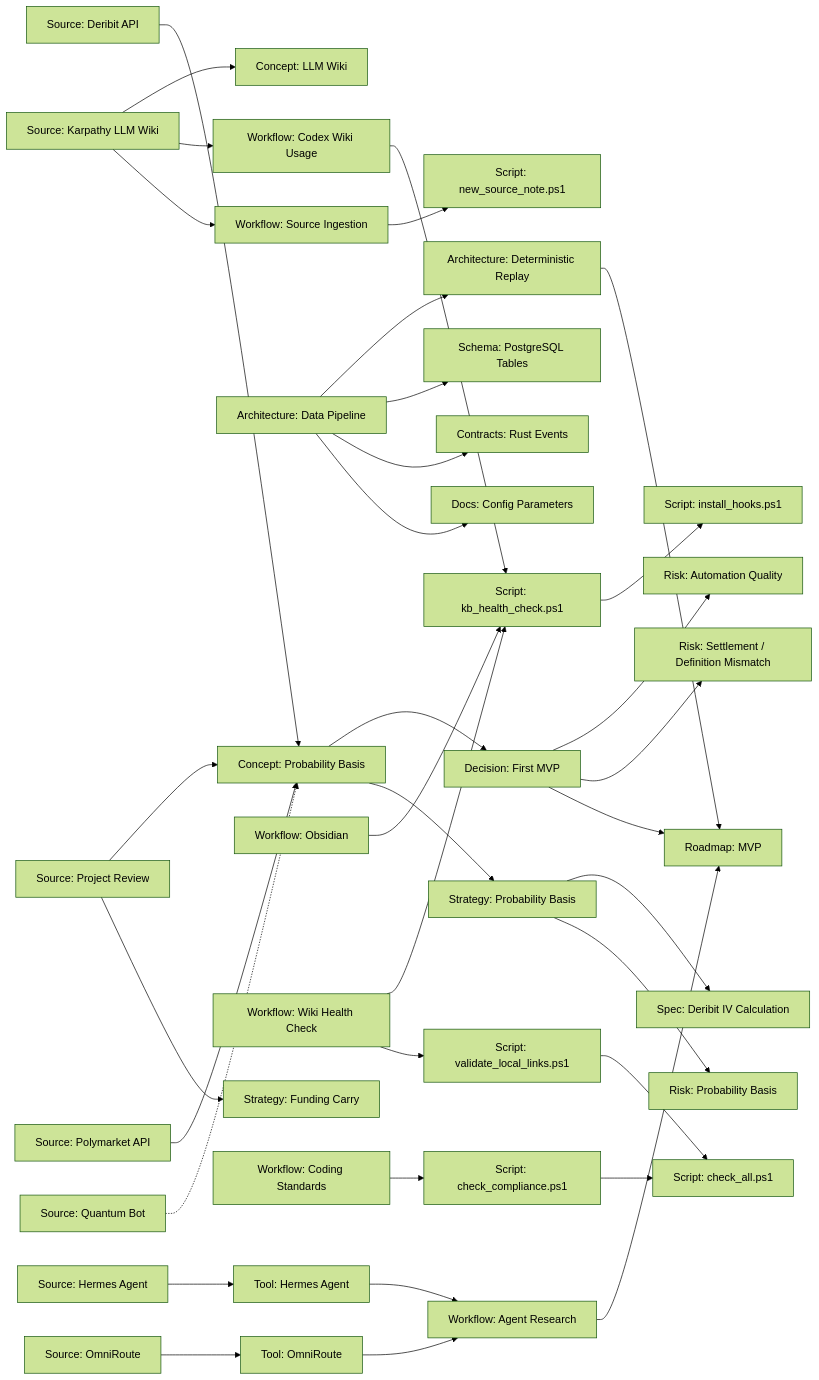
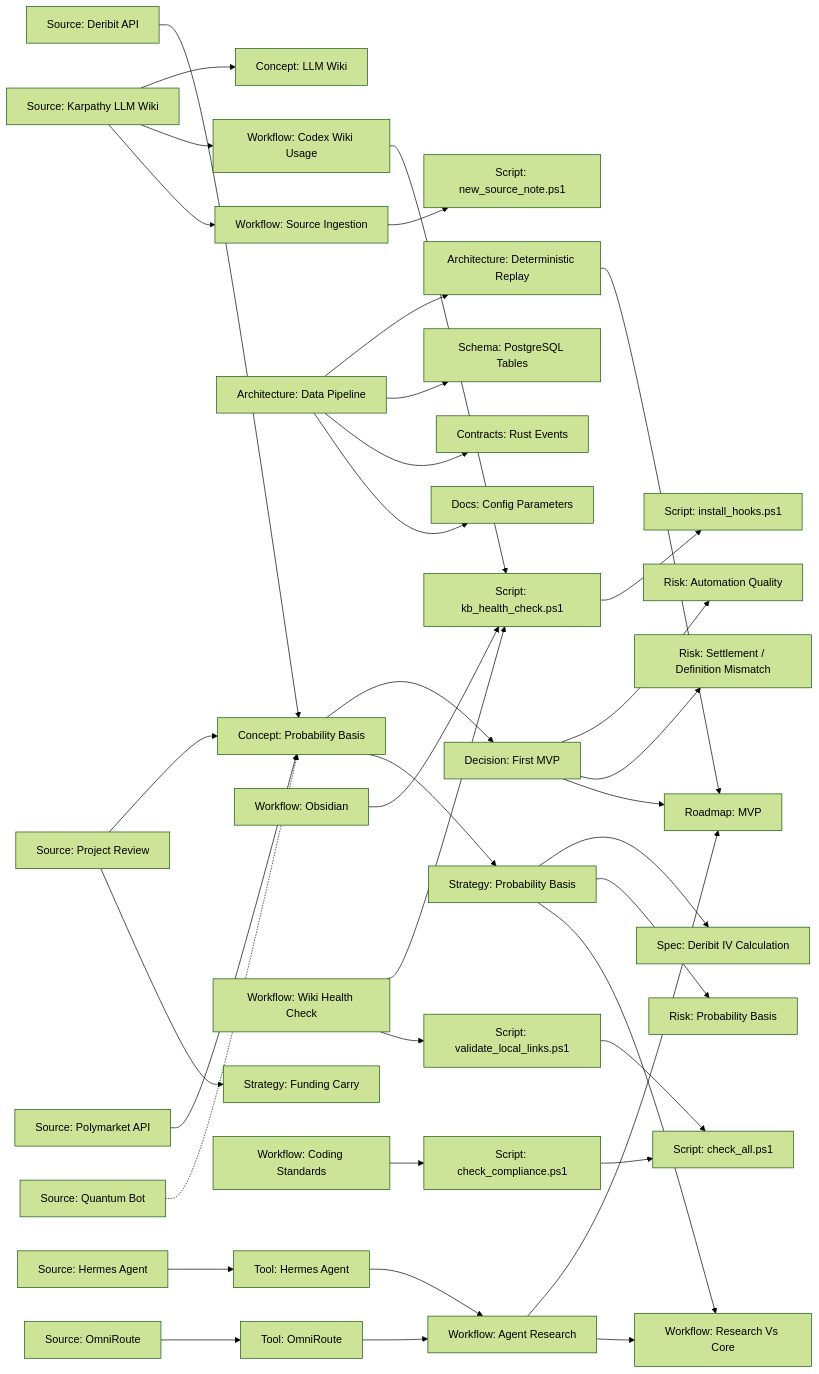
The diagram in knowledge/graph.md (Cryptotehnolog/CRYPTOTEHNOLOG), drawn with Mermaid (forest theme) before and after one commit. The commit also changed 4 other files, not shown here.

```diff
--- a/knowledge/graph.md
+++ b/knowledge/graph.md
@@ -56,6 +56,7 @@
     ingestWorkflow["Workflow: Source Ingestion"]
     codingStandards["Workflow: Coding Standards"]
     agentResearch["Workflow: Agent Research"]
+    researchVsCore["Workflow: Research Vs Core"]
 
     hermesTool["Tool: Hermes Agent"]
     omniTool["Tool: OmniRoute"]
@@ -99,6 +100,8 @@
     hermesTool --> agentResearch
     omniTool --> agentResearch
     agentResearch --> roadmap
+    agentResearch --> researchVsCore
+    probabilityStrategy --> researchVsCore
     kbCheck --> hooks
     linkCheck --> checkAll
     compliance --> checkAll
```
